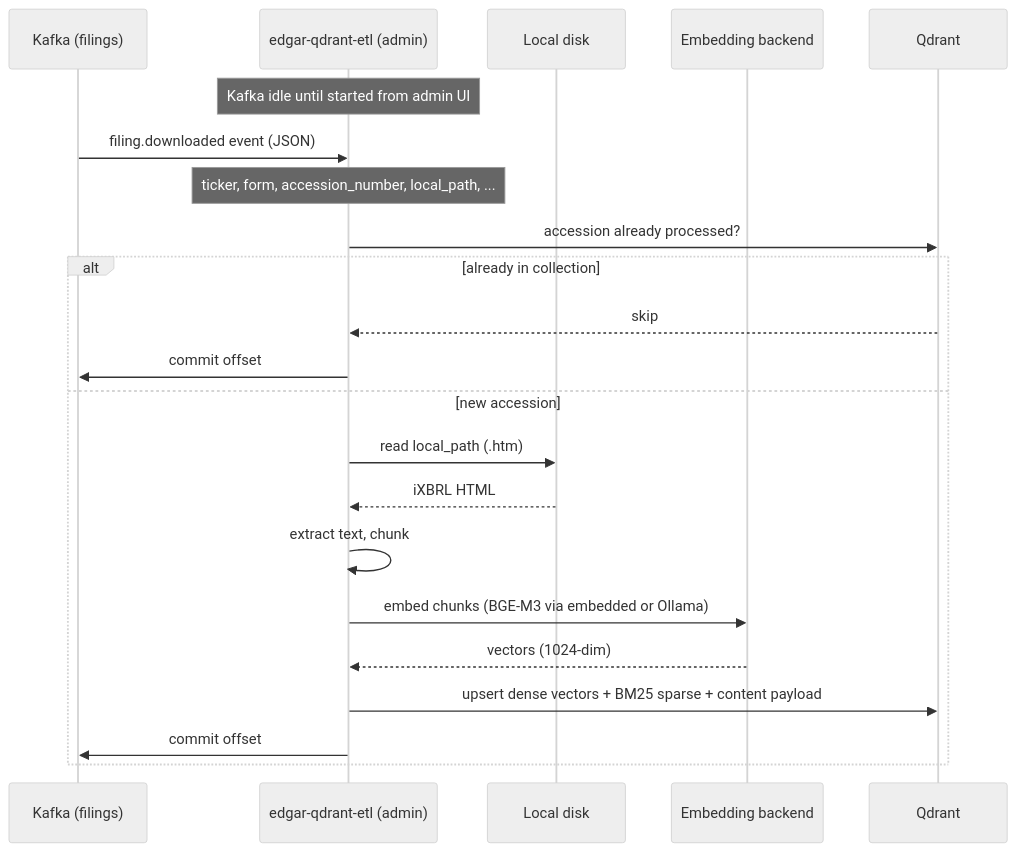
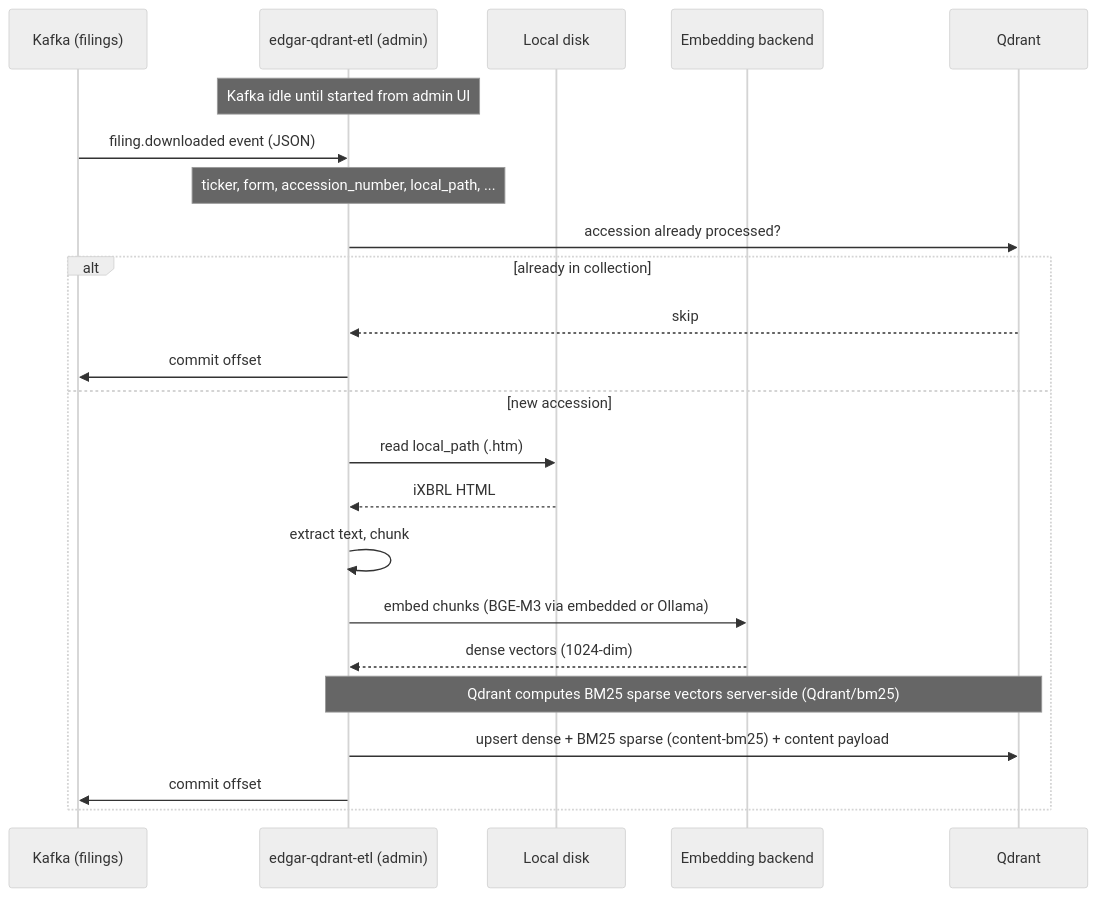
The second of 4 diagrams in README.md (sanjuthomas/sec-edgar-filings-to-qdrant), drawn with Mermaid (neutral theme) before and after one commit. The commit also changed other lines of this file and 1 other file, not shown here.

Commit message:
Release v0.4.0: document Qdrant BM25 and bump package version.

````diff
--- a/README.md
+++ b/README.md
@@ -124,26 +124,27 @@
 ```mermaid
 sequenceDiagram
     participant Kafka as Kafka (filings)
     participant Admin as edgar-qdrant-etl (admin)
     participant Disk as Local disk
     participant Model as Embedding backend
     participant Qdrant as Qdrant
 
     Note over Admin: Kafka idle until started from admin UI
     Kafka->>Admin: filing.downloaded event (JSON)
     Note over Admin: ticker, form, accession_number, local_path, ...
 
     Admin->>Qdrant: accession already processed?
     alt already in collection
         Qdrant-->>Admin: skip
         Admin->>Kafka: commit offset
     else new accession
         Admin->>Disk: read local_path (.htm)
         Disk-->>Admin: iXBRL HTML
         Admin->>Admin: extract text, chunk
         Admin->>Model: embed chunks (BGE-M3 via embedded or Ollama)
-        Model-->>Admin: vectors (1024-dim)
-        Admin->>Qdrant: upsert dense vectors + BM25 sparse + content payload
+        Model-->>Admin: dense vectors (1024-dim)
+        Note over Admin,Qdrant: Qdrant computes BM25 sparse vectors server-side (Qdrant/bm25)
+        Admin->>Qdrant: upsert dense + BM25 sparse (content-bm25) + content payload
         Admin->>Kafka: commit offset
     end
 ```
````
